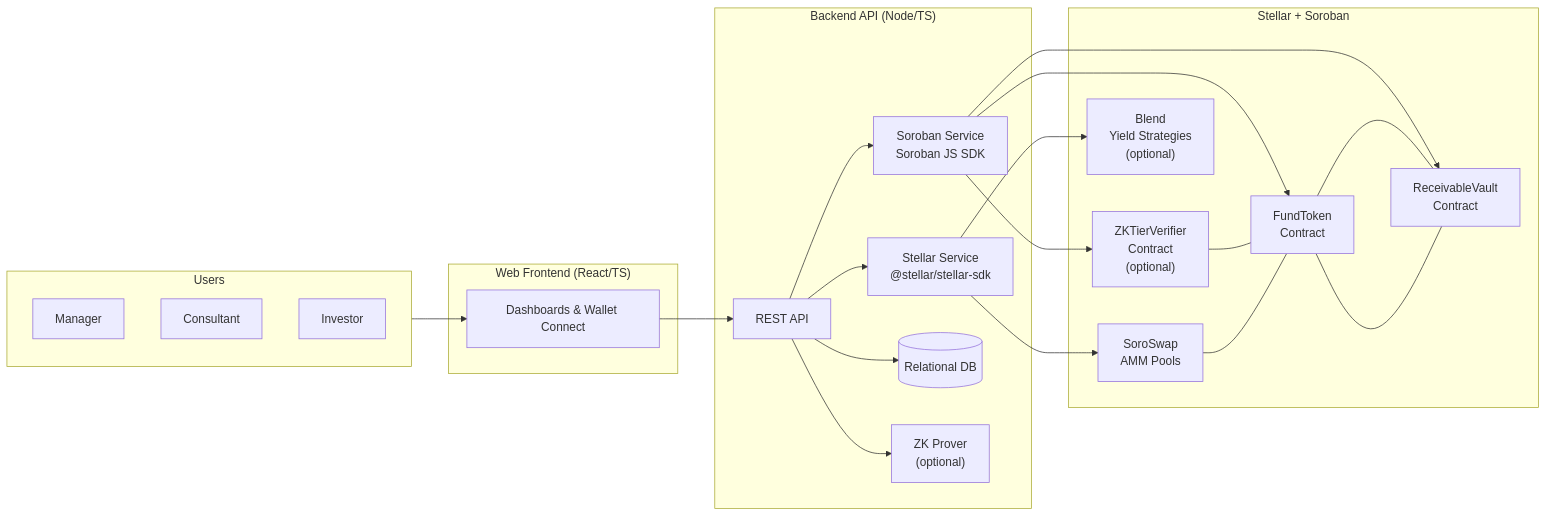
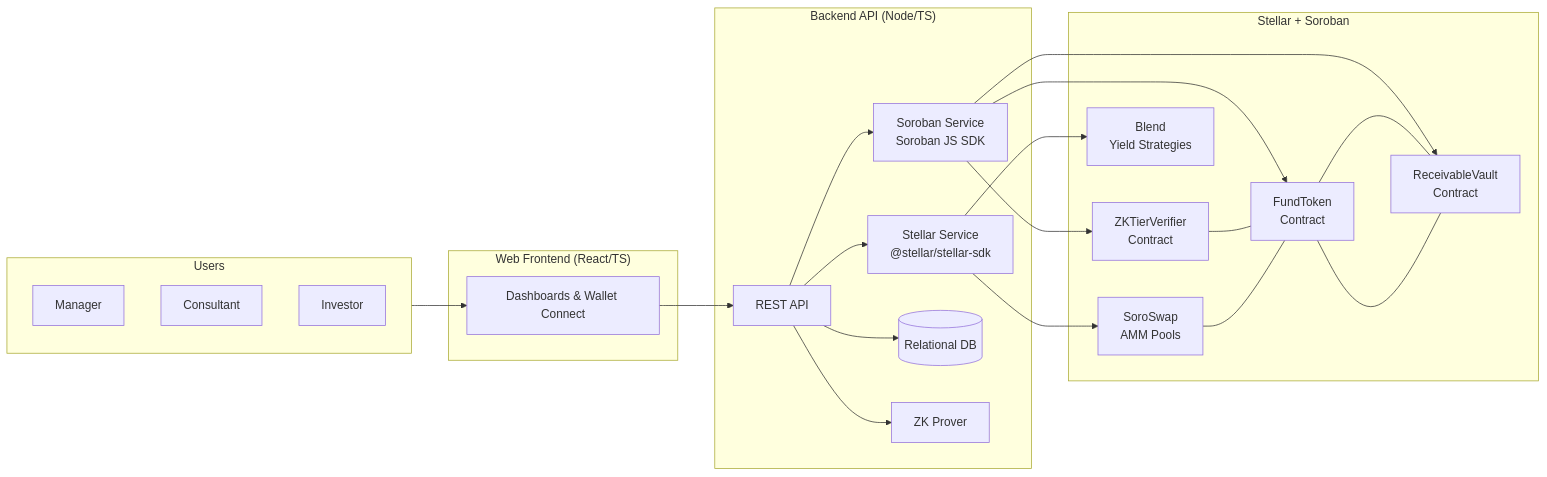
Before and after one commit to HeitorCand/TheSimpleFund-BAF: the first of 3 diagrams in README.MD, drawn with Mermaid. The commit also changed other lines of this file and 1 other file, not shown here.

````diff
--- a/README.MD
+++ b/README.MD
@@ -304,49 +304,49 @@
 ```mermaid
 flowchart LR
     subgraph Users
         Manager
         Consultant
         Investor
     end
 
     subgraph Frontend["Web Frontend (React/TS)"]
         UI[Dashboards & Wallet Connect]
     end
 
     subgraph Backend["Backend API (Node/TS)"]
         API[REST API]
         SvcStellar["Stellar Service<br/>@stellar/stellar-sdk"]
         SvcSoroban["Soroban Service<br/>Soroban JS SDK"]
         DB[(Relational DB)]
-        ZKProver["ZK Prover<br/>(optional)"]
+        ZKProver["ZK Prover"]
     end
 
     subgraph OnChain["Stellar + Soroban"]
         FT["FundToken<br/>Contract"]
         RV["ReceivableVault<br/>Contract"]
-        ZK["ZKTierVerifier<br/>Contract<br/>(optional)"]
+        ZK["ZKTierVerifier<br/>Contract"]
         SoroSwap["SoroSwap<br/>AMM Pools"]
-        Blend["Blend<br/>Yield Strategies<br/>(optional)"]
+        Blend["Blend<br/>Yield Strategies"]
     end
 
     Users --> UI
     UI --> API
 
     API --> DB
     API --> SvcStellar
     API --> SvcSoroban
     API --> ZKProver
 
     SvcSoroban --> FT
     SvcSoroban --> RV
     SvcSoroban --> ZK
 
     SvcStellar --> SoroSwap
     SvcStellar --> Blend
 
     FT --- RV
     RV --- FT
     ZK --- FT
 
     SoroSwap --- FT
 ```
````
